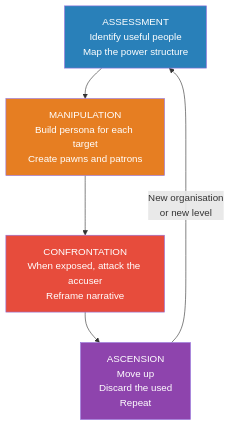
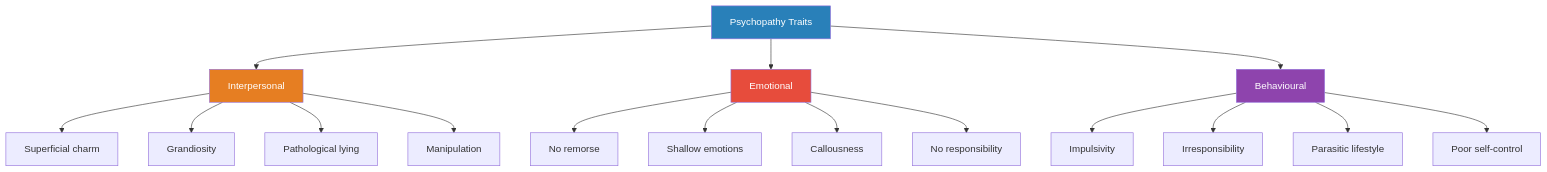
Before and after one commit to alius33/reader: the first of 4 diagrams in summaries/Workplace Navigation/Snakes in Suits - Babiak & Hare.md, drawn with Mermaid. The commit also changed other lines of this file and 272 other files, not shown here.

````diff
--- a/summaries/Workplace Navigation/Snakes in Suits - Babiak & Hare.md
+++ b/summaries/Workplace Navigation/Snakes in Suits - Babiak & Hare.md
@@ -34,11 +106,22 @@
 ```mermaid
 flowchart TD
-    A["ASSESSMENT\nIdentify useful people\nMap the power structure"] --> B["MANIPULATION\nBuild persona for each target\nCreate pawns and patrons"]
-    B --> C["CONFRONTATION\nWhen exposed, attack the accuser\nReframe narrative"]
-    C --> D["ASCENSION\nMove up\nDiscard the used\nRepeat"]
-    D -->|"New organisation\nor new level"| A
+    A["Psychopathy Traits"] --> B["Interpersonal"]
+    A --> C["Emotional"]
+    A --> D["Behavioural"]
+    B --> B1["Superficial charm"]
+    B --> B2["Grandiosity"]
+    B --> B3["Pathological lying"]
+    B --> B4["Manipulation"]
+    C --> C1["No remorse"]
+    C --> C2["Shallow emotions"]
+    C --> C3["Callousness"]
+    C --> C4["No responsibility"]
+    D --> D1["Impulsivity"]
+    D --> D2["Irresponsibility"]
+    D --> D3["Parasitic lifestyle"]
+    D --> D4["Poor self-control"]
     style A fill:#2980b9,color:#fff
     style B fill:#e67e22,color:#fff
     style C fill:#e74c3c,color:#fff
     style D fill:#8e44ad,color:#fff
 ```
````
